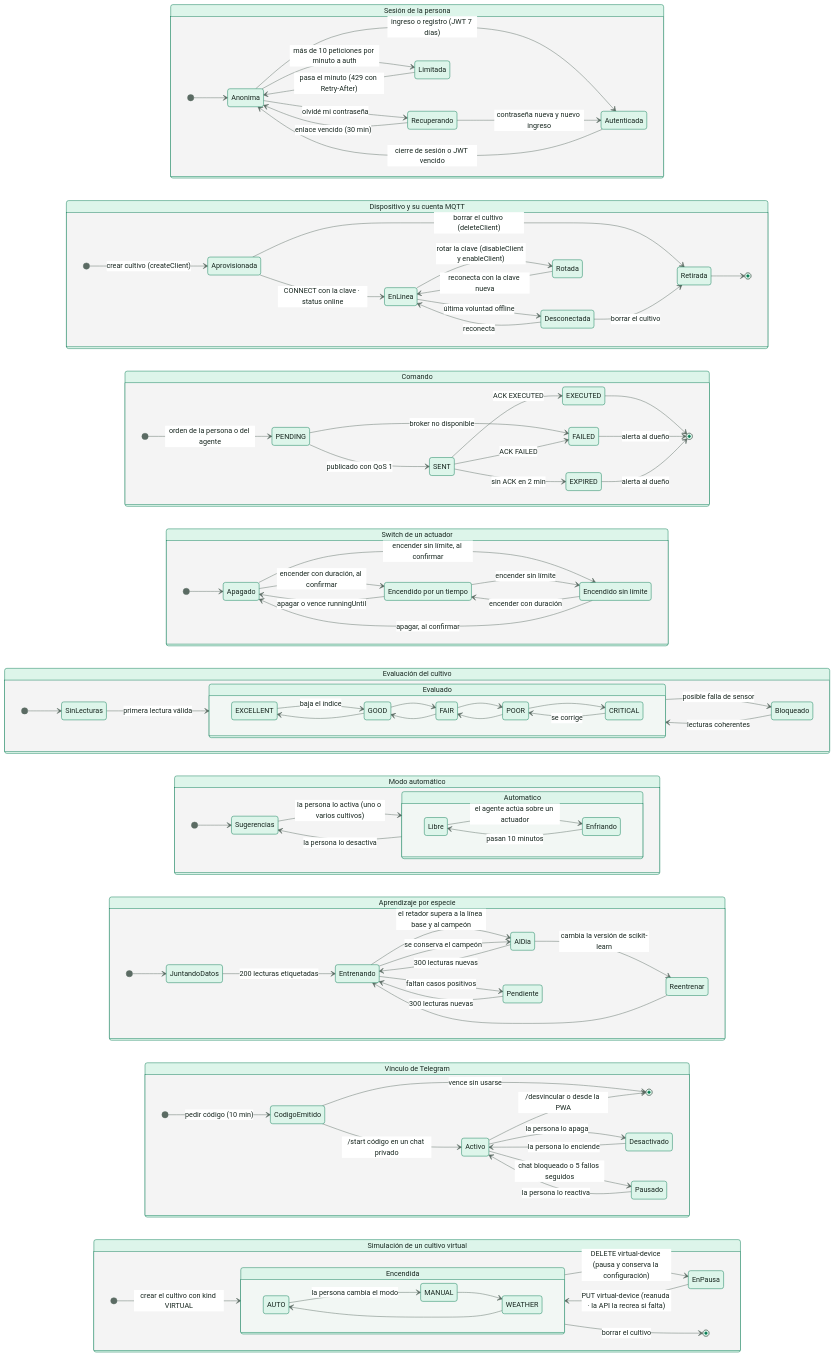
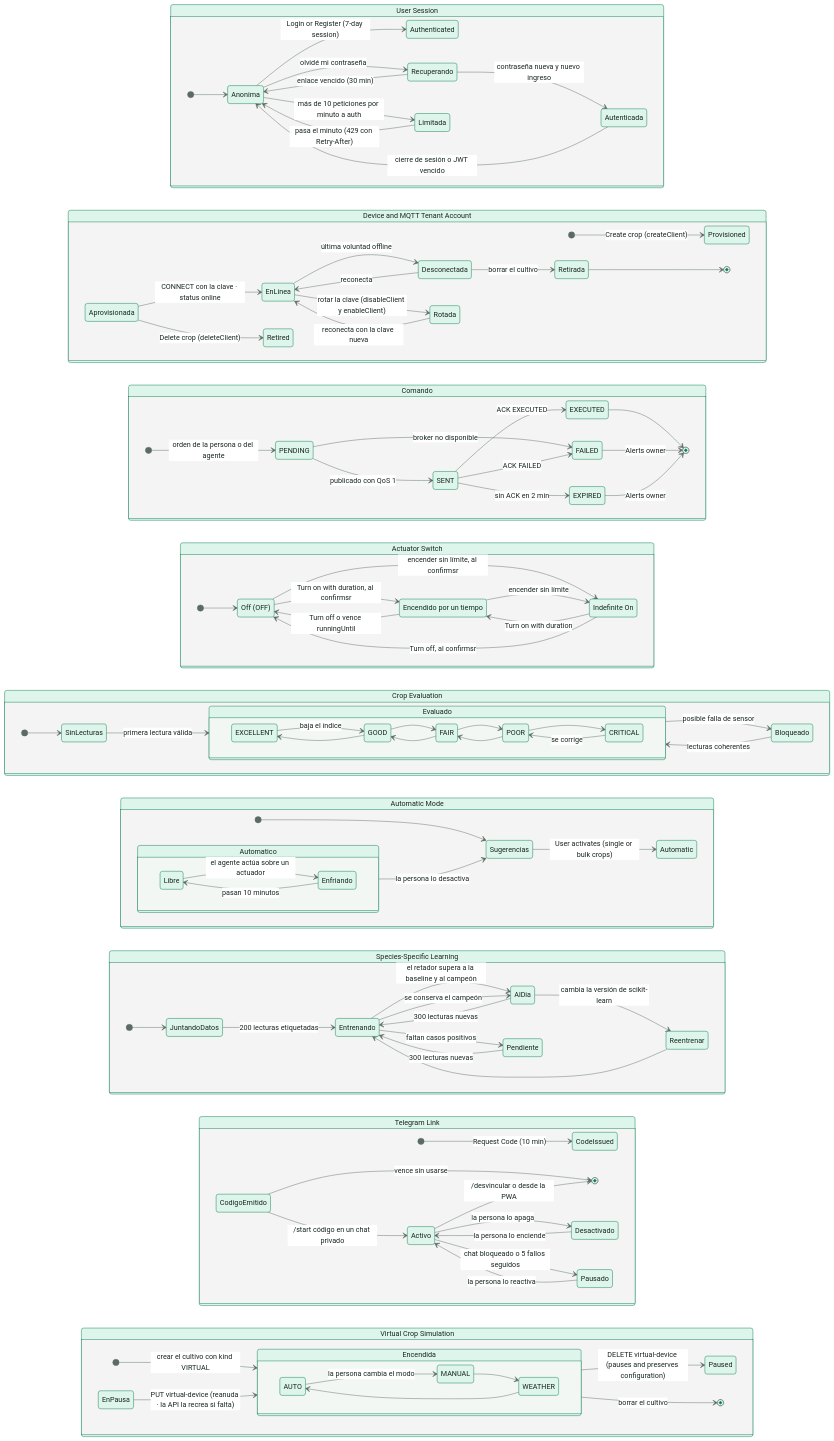
Before and after one commit to SmartPotTech/.github: the diagram in docs/diagrams/SmartPot_Global_05_State_Machines.mmd, drawn with Mermaid. The commit also changed 186 other files, not shown here.

Commit message:
docs(specs): synchronize 100% english organization documentation, diagrams, and formal deliverables

```diff
--- a/docs/diagrams/SmartPot_Global_05_State_Machines.mmd
+++ b/docs/diagrams/SmartPot_Global_05_State_Machines.mmd
@@ -1,125 +1,125 @@
 %%{init: {"theme": "base", "fontFamily": "Segoe UI, Arial, sans-serif", "themeVariables": {"fontFamily": "Segoe UI, Arial, sans-serif", "fontSize": "16px", "primaryColor": "#DDF5EA", "primaryTextColor": "#17261F", "primaryBorderColor": "#067A52", "secondaryColor": "#E3F2FB", "secondaryTextColor": "#17261F", "secondaryBorderColor": "#1F6FA0", "tertiaryColor": "#F2F7F4", "tertiaryTextColor": "#17261F", "tertiaryBorderColor": "#D5E3DC", "lineColor": "#5B6B63", "textColor": "#17261F", "mainBkg": "#DDF5EA", "nodeBorder": "#067A52", "clusterBkg": "#F7FAF8", "clusterBorder": "#D5E3DC", "edgeLabelBackground": "#FFFFFF", "actorBkg": "#067A52", "actorBorder": "#0B3D2B", "actorTextColor": "#FFFFFF", "actorLineColor": "#5B6B63", "signalColor": "#17261F", "signalTextColor": "#17261F", "labelBoxBkgColor": "#0B3D2B", "labelBoxBorderColor": "#0B3D2B", "labelTextColor": "#FFFFFF", "loopTextColor": "#0B3D2B", "noteBkgColor": "#FDF4DD", "noteBorderColor": "#C98D12", "noteTextColor": "#17261F", "activationBkgColor": "#DDF5EA", "activationBorderColor": "#067A52", "attributeBackgroundColorOdd": "#FFFFFF", "attributeBackgroundColorEven": "#F2F7F4"}, "state": {"useMaxWidth": false}}}%%
 stateDiagram-v2
   direction LR
 
-  state "Sesión de la persona" as sesion {
+  state "User Session" as sesion {
     direction LR
     [*] --> Anonima
-    Anonima --> Autenticada : ingreso o registro (JWT 7 días)
+    Anonima --> Authenticated : Login or Register (7-day session)
     Autenticada --> Anonima : cierre de sesión o JWT vencido
     Anonima --> Recuperando : olvidé mi contraseña
     Recuperando --> Anonima : enlace vencido (30 min)
     Recuperando --> Autenticada : contraseña nueva y nuevo ingreso
     Anonima --> Limitada : más de 10 peticiones por minuto a auth
     Limitada --> Anonima : pasa el minuto (429 con Retry-After)
   }
 
-  state "Dispositivo y su cuenta MQTT" as maceta {
+  state "Device and MQTT Tenant Account" as maceta {
     direction LR
-    [*] --> Aprovisionada : crear cultivo (createClient)
+    [*] --> Provisioned : Create crop (createClient)
     Aprovisionada --> EnLinea : CONNECT con la clave · status online
     EnLinea --> Desconectada : última voluntad offline
     Desconectada --> EnLinea : reconecta
     EnLinea --> Rotada : rotar la clave (disableClient y enableClient)
     Rotada --> EnLinea : reconecta con la clave nueva
-    Aprovisionada --> Retirada : borrar el cultivo (deleteClient)
+    Aprovisionada --> Retired : Delete crop (deleteClient)
     Desconectada --> Retirada : borrar el cultivo
     Retirada --> [*]
   }
 
   state "Comando" as comando {
     direction LR
     [*] --> PENDING : orden de la persona o del agente
     PENDING --> SENT : publicado con QoS 1
     PENDING --> FAILED : broker no disponible
     SENT --> EXECUTED : ACK EXECUTED
     SENT --> FAILED : ACK FAILED
     SENT --> EXPIRED : sin ACK en 2 min
     EXECUTED --> [*]
-    FAILED --> [*] : alerta al dueño
-    EXPIRED --> [*] : alerta al dueño
+    FAILED --> [*] : Alerts owner
+    EXPIRED --> [*] : Alerts owner
   }
 
-  state "Switch de un actuador" as switch {
+  state "Actuator Switch" as switch {
     direction LR
-    state "Apagado" as SwitchOff
+    state "Off (OFF)" as SwitchOff
     state "Encendido por un tiempo" as SwitchTimed
-    state "Encendido sin límite" as SwitchUnlimited
+    state "Indefinite On" as SwitchUnlimited
     [*] --> SwitchOff
-    SwitchOff --> SwitchTimed : encender con duración, al confirmar
-    SwitchOff --> SwitchUnlimited : encender sin límite, al confirmar
-    SwitchTimed --> SwitchOff : apagar o vence runningUntil
+    SwitchOff --> SwitchTimed : Turn on with duration, al confirmsr
+    SwitchOff --> SwitchUnlimited : encender sin límite, al confirmsr
+    SwitchTimed --> SwitchOff : Turn off o vence runningUntil
     SwitchTimed --> SwitchUnlimited : encender sin límite
-    SwitchUnlimited --> SwitchTimed : encender con duración
-    SwitchUnlimited --> SwitchOff : apagar, al confirmar
+    SwitchUnlimited --> SwitchTimed : Turn on with duration
+    SwitchUnlimited --> SwitchOff : Turn off, al confirmsr
   }
 
-  state "Evaluación del cultivo" as salud {
+  state "Crop Evaluation" as salud {
     direction LR
     [*] --> SinLecturas
     SinLecturas --> Evaluado : primera lectura válida
     state Evaluado {
       direction LR
       EXCELLENT --> GOOD : baja el índice
       GOOD --> FAIR
       FAIR --> POOR
       POOR --> CRITICAL
       CRITICAL --> POOR : se corrige
       POOR --> FAIR
       FAIR --> GOOD
       GOOD --> EXCELLENT
     }
     Evaluado --> Bloqueado : posible falla de sensor
     Bloqueado --> Evaluado : lecturas coherentes
   }
 
-  state "Modo automático" as automatico {
+  state "Automatic Mode" as automatico {
     direction LR
     [*] --> Sugerencias
-    Sugerencias --> Automatico : la persona lo activa (uno o varios cultivos)
+    Sugerencias --> Automatic : User activates (single or bulk crops)
     Automatico --> Sugerencias : la persona lo desactiva
     state Automatico {
       direction LR
       Libre --> Enfriando : el agente actúa sobre un actuador
       Enfriando --> Libre : pasan 10 minutos
     }
   }
 
-  state "Aprendizaje por especie" as aprendizaje {
+  state "Species-Specific Learning" as aprendizaje {
     direction LR
     [*] --> JuntandoDatos
     JuntandoDatos --> Entrenando : 200 lecturas etiquetadas
-    Entrenando --> AlDia : el retador supera a la línea base y al campeón
+    Entrenando --> AlDia : el retador supera a la baseline y al campeón
     Entrenando --> Pendiente : faltan casos positivos
     Entrenando --> AlDia : se conserva el campeón
     AlDia --> Entrenando : 300 lecturas nuevas
     Pendiente --> Entrenando : 300 lecturas nuevas
     AlDia --> Reentrenar : cambia la versión de scikit-learn
     Reentrenar --> Entrenando
   }
 
-  state "Vínculo de Telegram" as telegram {
+  state "Telegram Link" as telegram {
     direction LR
-    [*] --> CodigoEmitido : pedir código (10 min)
+    [*] --> CodeIssued : Request Code (10 min)
     CodigoEmitido --> [*] : vence sin usarse
     CodigoEmitido --> Activo : /start código en un chat privado
     Activo --> Desactivado : la persona lo apaga
     Desactivado --> Activo : la persona lo enciende
     Activo --> Pausado : chat bloqueado o 5 fallos seguidos
     Pausado --> Activo : la persona lo reactiva
     Activo --> [*] : /desvincular o desde la PWA
   }
 
-  state "Simulación de un cultivo virtual" as virtual {
+  state "Virtual Crop Simulation" as virtual {
     direction LR
     [*] --> Encendida : crear el cultivo con kind VIRTUAL
     EnPausa --> Encendida : PUT virtual-device (reanuda · la API la recrea si falta)
     state Encendida {
       direction LR
       AUTO --> MANUAL : la persona cambia el modo
       MANUAL --> WEATHER
       WEATHER --> AUTO
     }
-    Encendida --> EnPausa : DELETE virtual-device (pausa y conserva la configuración)
+    Encendida --> Paused : DELETE virtual-device (pauses and preserves configuration)
     Encendida --> [*] : borrar el cultivo
   }
```
